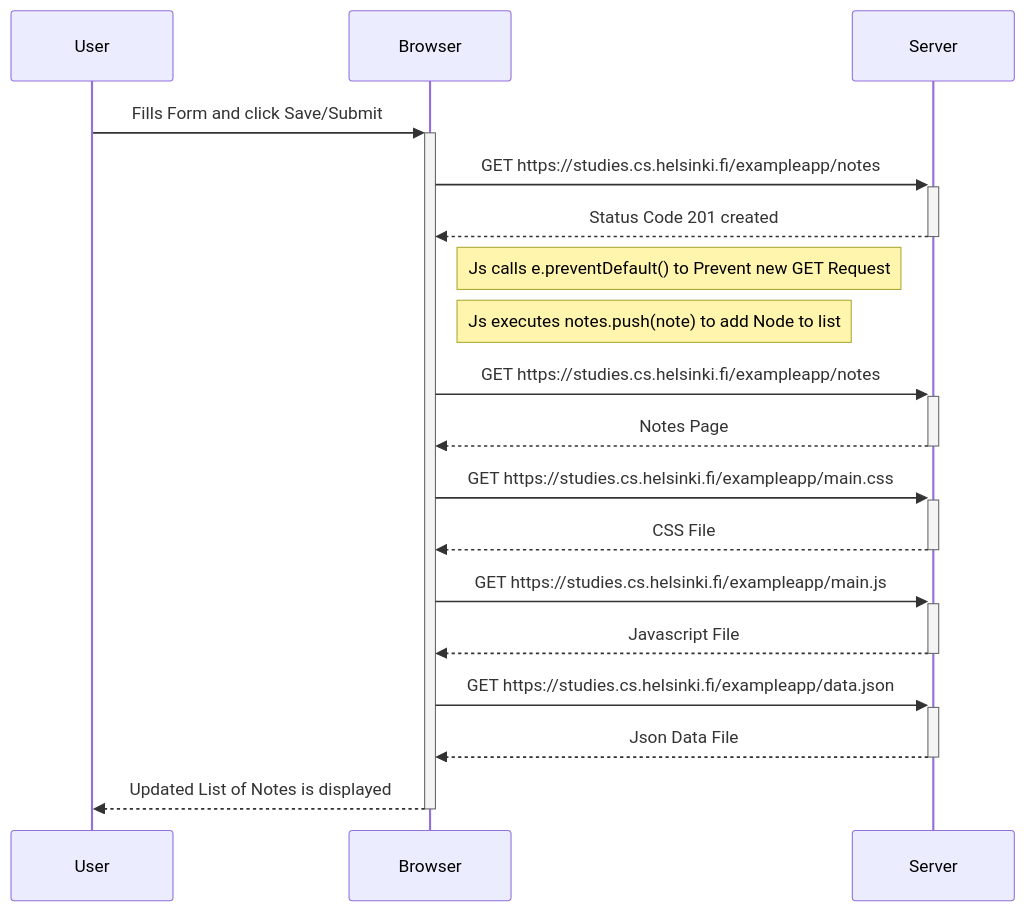
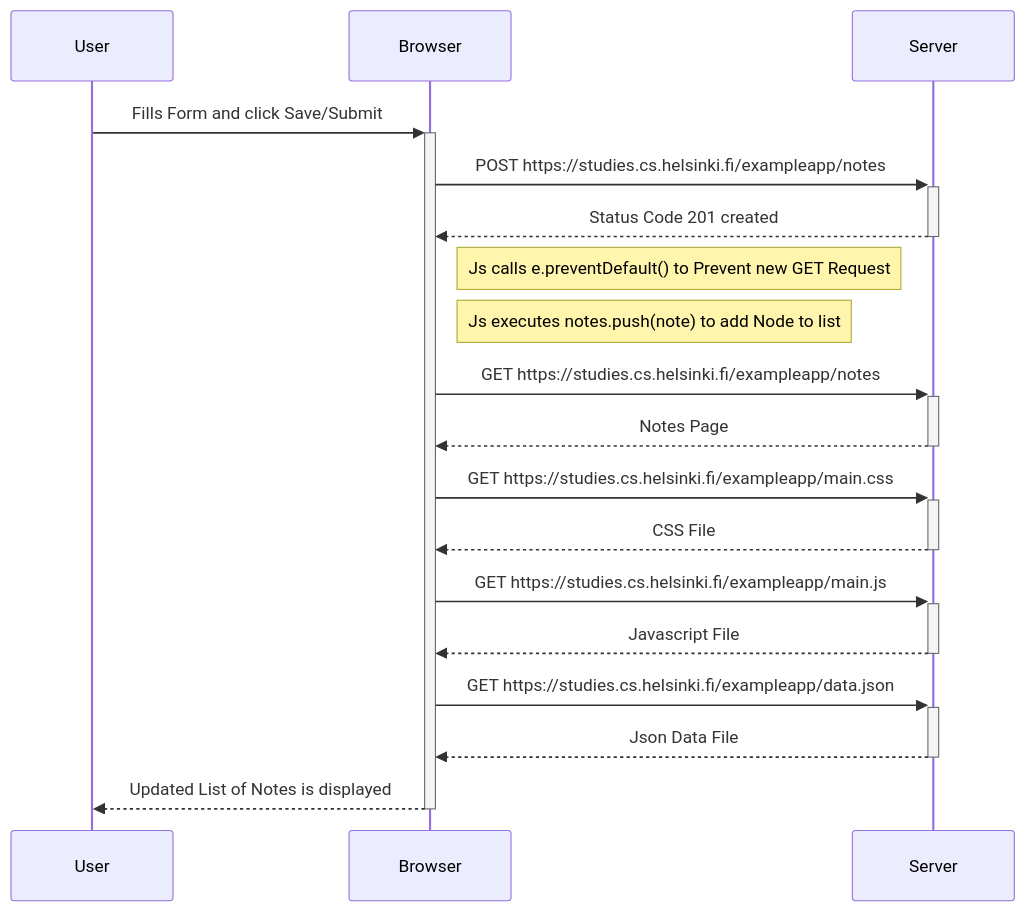
Before and after one commit to navamisunill/Fullstackopen: the diagram in part0/0.6.md, drawn with Mermaid.

Commit message:
Update 0.6.md
spa newnote q6

````diff
--- a/part0/0.6.md
+++ b/part0/0.6.md
@@ -1,21 +1,21 @@
 ```mermaid
 sequenceDiagram
     participant User
     participant Browser
     participant Server
     User->>+Browser: Fills Form and click Save/Submit
-    Browser->>+Server: GET https://studies.cs.helsinki.fi/exampleapp/notes
+    Browser->>+Server: POST https://studies.cs.helsinki.fi/exampleapp/notes
     Server-->>-Browser: Status Code 201 created
     Note right of Browser: Js calls e.preventDefault() to Prevent new GET Request 
     Note right of Browser: Js executes notes.push(note) to add Node to list
     Browser->>+Server: GET https://studies.cs.helsinki.fi/exampleapp/notes
     Server-->>-Browser: Notes Page
     Browser->>+Server: GET https://studies.cs.helsinki.fi/exampleapp/main.css
     Server-->>-Browser: CSS File
     Browser->>+Server: GET https://studies.cs.helsinki.fi/exampleapp/main.js
     Server-->>-Browser: Javascript File
     Browser->>+Server: GET https://studies.cs.helsinki.fi/exampleapp/data.json
     Server-->>-Browser: Json Data File
     Browser-->>-User: Updated List of Notes is displayed
 
 ```
````
